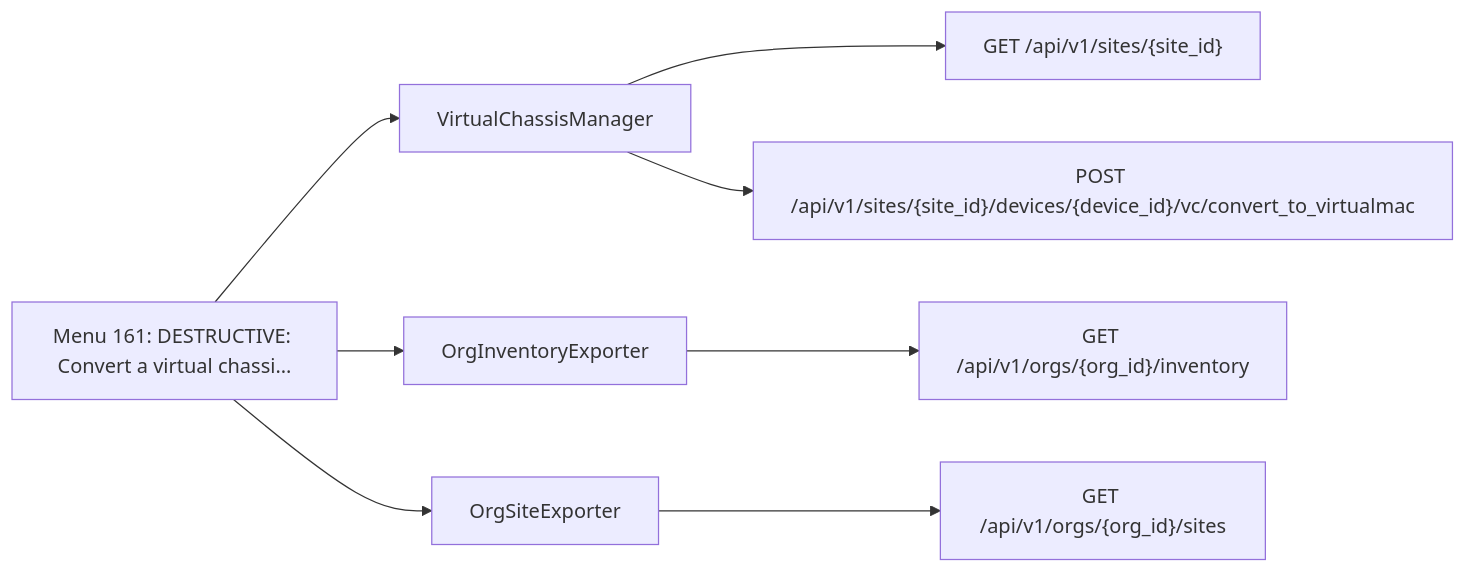
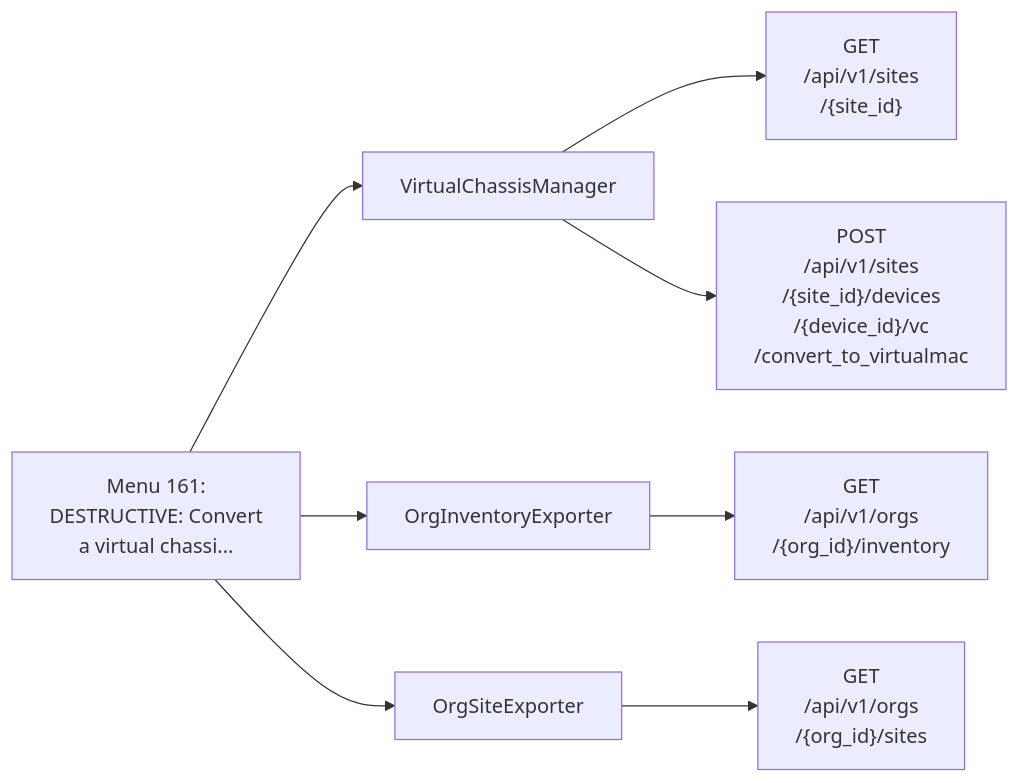
The eighth of 27 diagrams in documentation/menu-api/destructive.md (jmorrison-juniper/MistHelper), drawn with Mermaid before and after one commit. The commit also changed other lines of this file and 19 other files, not shown here.

First line of the commit message:
docs(menu-api): fit the Mermaid diagrams to the wiki column (#3463)

````diff
--- a/documentation/menu-api/destructive.md
+++ b/documentation/menu-api/destructive.md
@@ -470,11 +260,11 @@
 ```mermaid
 flowchart LR
-    menu["Menu 161: DESTRUCTIVE: Convert a virtual chassi..."]
+    menu["Menu 161:<br/>DESTRUCTIVE: Convert<br/>a virtual chassi..."]
     menu --> c1["VirtualChassisManager"]
-    c1 --> e1["GET /api/v1/sites/{site_id}"]
-    c1 --> e2["POST /api/v1/sites/{site_id}/devices/{device_id}/vc/convert_to_virtualmac"]
+    c1 --> e1["GET<br/>/api/v1/sites<br/>/{site_id}"]
+    c1 --> e2["POST<br/>/api/v1/sites<br/>/{site_id}/devices<br/>/{device_id}/vc<br/>/convert_to_virtualmac"]
     menu --> c2["OrgInventoryExporter"]
-    c2 --> e3["GET /api/v1/orgs/{org_id}/inventory"]
+    c2 --> e3["GET<br/>/api/v1/orgs<br/>/{org_id}/inventory"]
     menu --> c3["OrgSiteExporter"]
-    c3 --> e4["GET /api/v1/orgs/{org_id}/sites"]
+    c3 --> e4["GET<br/>/api/v1/orgs<br/>/{org_id}/sites"]
 ```
````
